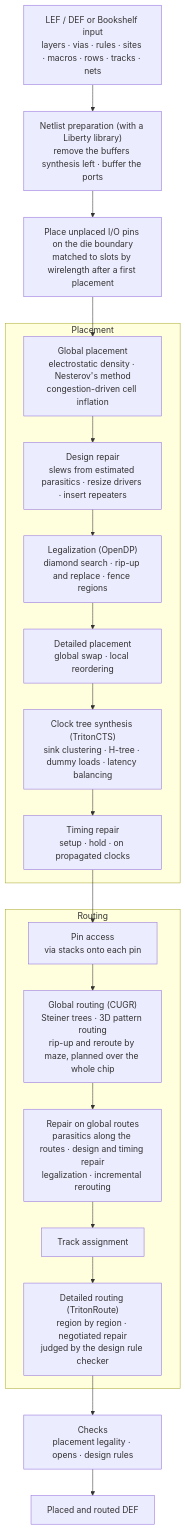
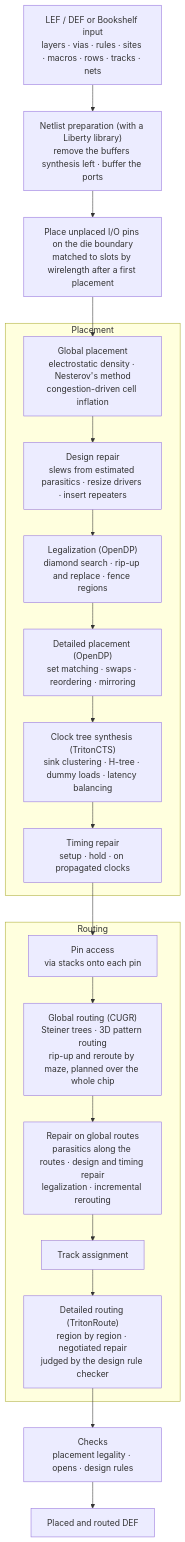
Before and after one commit to willmccallion/vlsi-physical-design: the diagram in README.md, drawn with Mermaid. The commit also changed other lines of this file, not shown here.

Commit message:
Remeasure the whole flows with OpenDP's detailed improvement

````diff
--- a/README.md
+++ b/README.md
@@ -120,28 +120,28 @@
 ```mermaid
 flowchart TD
     INPUT["LEF / DEF or Bookshelf input<br/>layers · vias · rules · sites · macros · rows · tracks · nets"]
     NL["Netlist preparation (with a Liberty library)<br/>remove the buffers synthesis left · buffer the ports"]
     IO["Place unplaced I/O pins on the die boundary<br/>matched to slots by wirelength after a first placement"]
 
     subgraph PL["Placement"]
         GP["Global placement<br/>electrostatic density · Nesterov's method<br/>congestion-driven cell inflation"]
         RD["Design repair<br/>slews from estimated parasitics · resize drivers · insert repeaters"]
         LEG["Legalization (OpenDP)<br/>diamond search · rip-up and replace · fence regions"]
-        DP["Detailed placement<br/>global swap · local reordering"]
+        DP["Detailed placement (OpenDP)<br/>set matching · swaps · reordering · mirroring"]
         CTS["Clock tree synthesis (TritonCTS)<br/>sink clustering · H-tree · dummy loads · latency balancing"]
         TR["Timing repair<br/>setup · hold · on propagated clocks"]
     end
 
     subgraph RT["Routing"]
         PA["Pin access<br/>via stacks onto each pin"]
         GR["Global routing (CUGR)<br/>Steiner trees · 3D pattern routing<br/>rip-up and reroute by maze, planned over the whole chip"]
         GRR["Repair on global routes<br/>parasitics along the routes · design and timing repair<br/>legalization · incremental rerouting"]
         TA["Track assignment"]
         DR["Detailed routing (TritonRoute)<br/>region by region · negotiated repair<br/>judged by the design rule checker"]
     end
 
     CHK["Checks<br/>placement legality · opens · design rules"]
     OUT["Placed and routed DEF"]
 
     INPUT --> NL --> IO --> GP --> RD --> LEG --> DP --> CTS --> TR --> PA --> GR --> GRR --> TA --> DR --> CHK --> OUT
 ```
````
